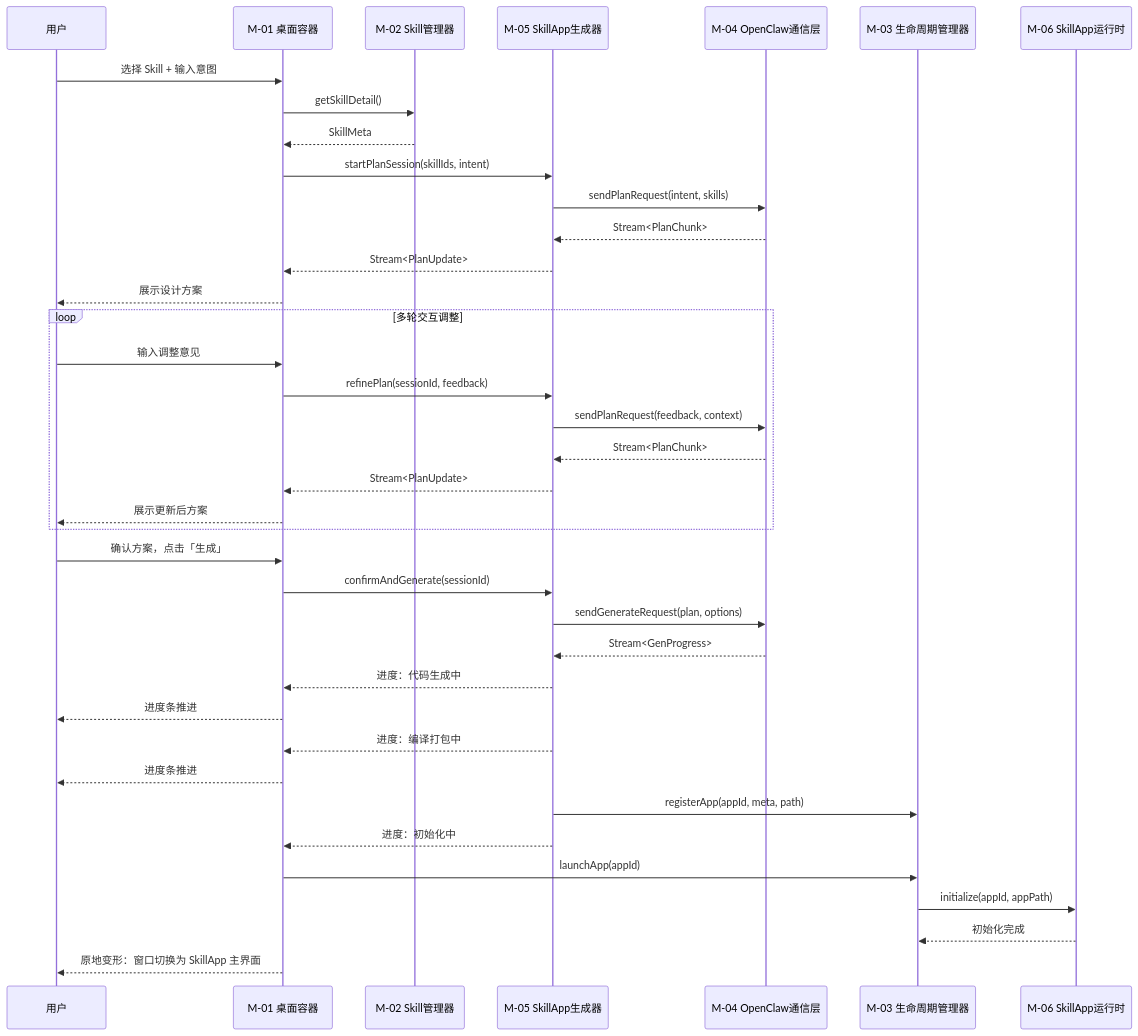
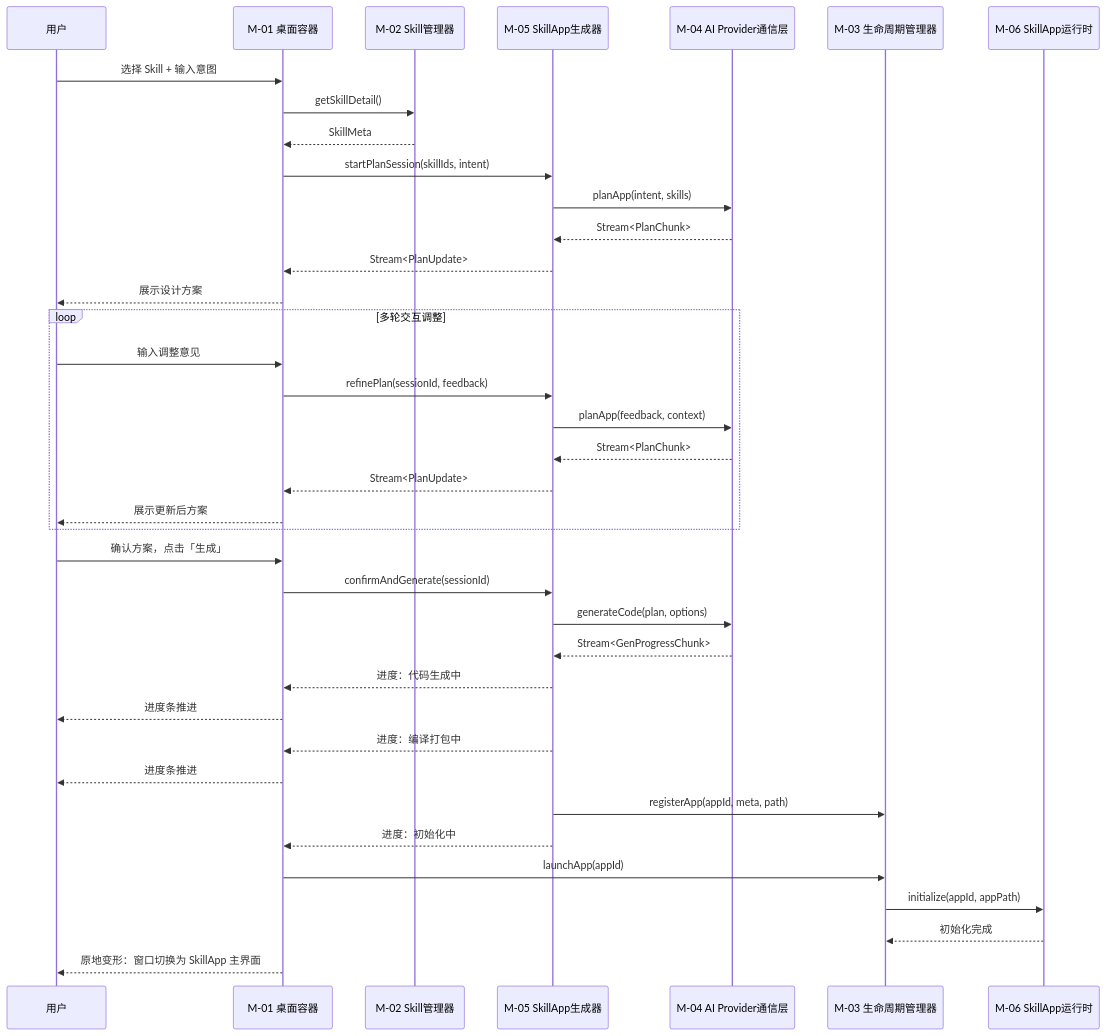
One commit to digimads-lab/intent-os changed the first of 3 diagrams in docs/modules.md. Above: the diagram before and after it, drawn with Mermaid. The commit also changed other lines of this file, not shown here.

````diff
--- a/docs/modules.md
+++ b/docs/modules.md
@@ -311,43 +316,43 @@
 ```mermaid
 sequenceDiagram
     participant U as 用户
     participant M01 as M-01 桌面容器
     participant M02 as M-02 Skill管理器
     participant M05 as M-05 SkillApp生成器
-    participant M04 as M-04 OpenClaw通信层
+    participant M04 as M-04 AI Provider通信层
     participant M03 as M-03 生命周期管理器
     participant M06 as M-06 SkillApp运行时
 
     U->>M01: 选择 Skill + 输入意图
     M01->>M02: getSkillDetail()
     M02-->>M01: SkillMeta
     M01->>M05: startPlanSession(skillIds, intent)
-    M05->>M04: sendPlanRequest(intent, skills)
+    M05->>M04: planApp(intent, skills)
     M04-->>M05: Stream<PlanChunk>
     M05-->>M01: Stream<PlanUpdate>
     M01-->>U: 展示设计方案
 
     loop 多轮交互调整
         U->>M01: 输入调整意见
         M01->>M05: refinePlan(sessionId, feedback)
-        M05->>M04: sendPlanRequest(feedback, context)
+        M05->>M04: planApp(feedback, context)
         M04-->>M05: Stream<PlanChunk>
         M05-->>M01: Stream<PlanUpdate>
         M01-->>U: 展示更新后方案
     end
 
     U->>M01: 确认方案，点击「生成」
     M01->>M05: confirmAndGenerate(sessionId)
-    M05->>M04: sendGenerateRequest(plan, options)
-    M04-->>M05: Stream<GenProgress>
+    M05->>M04: generateCode(plan, options)
+    M04-->>M05: Stream<GenProgressChunk>
     M05-->>M01: 进度：代码生成中
     M01-->>U: 进度条推进
     M05-->>M01: 进度：编译打包中
     M01-->>U: 进度条推进
     M05->>M03: registerApp(appId, meta, path)
     M05-->>M01: 进度：初始化中
     M01->>M03: launchApp(appId)
     M03->>M06: initialize(appId, appPath)
     M06-->>M03: 初始化完成
     M01-->>U: 原地变形：窗口切换为 SkillApp 主界面
 ```
````
